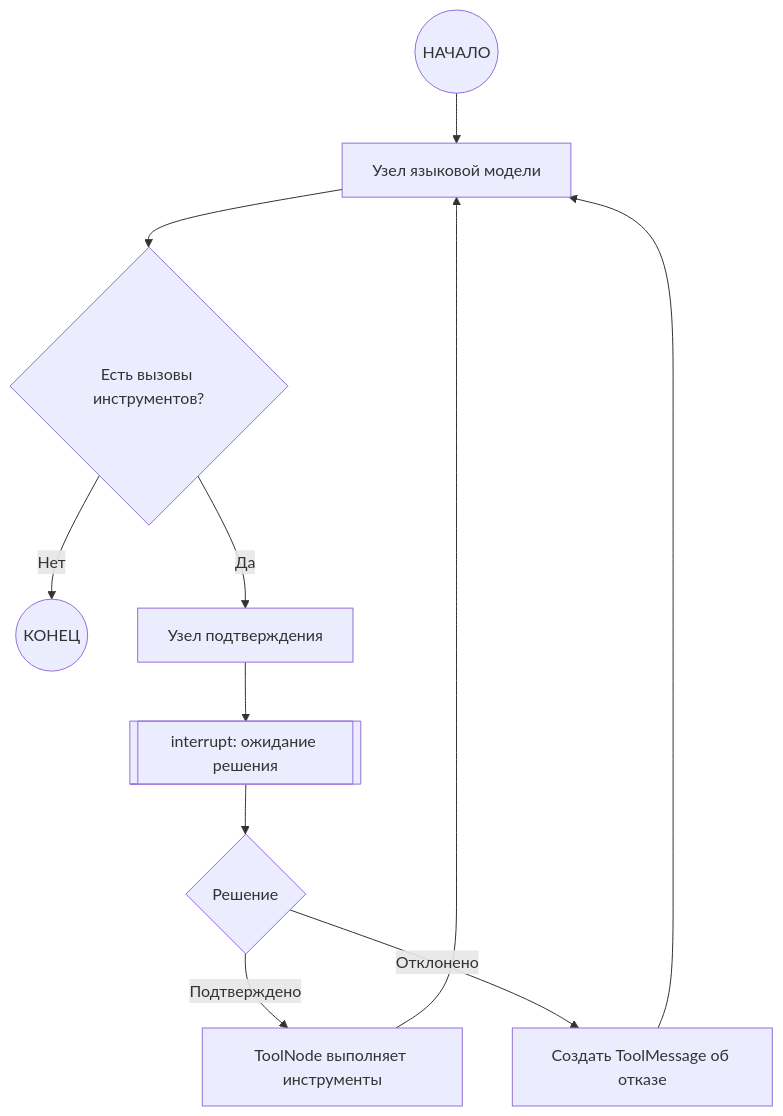
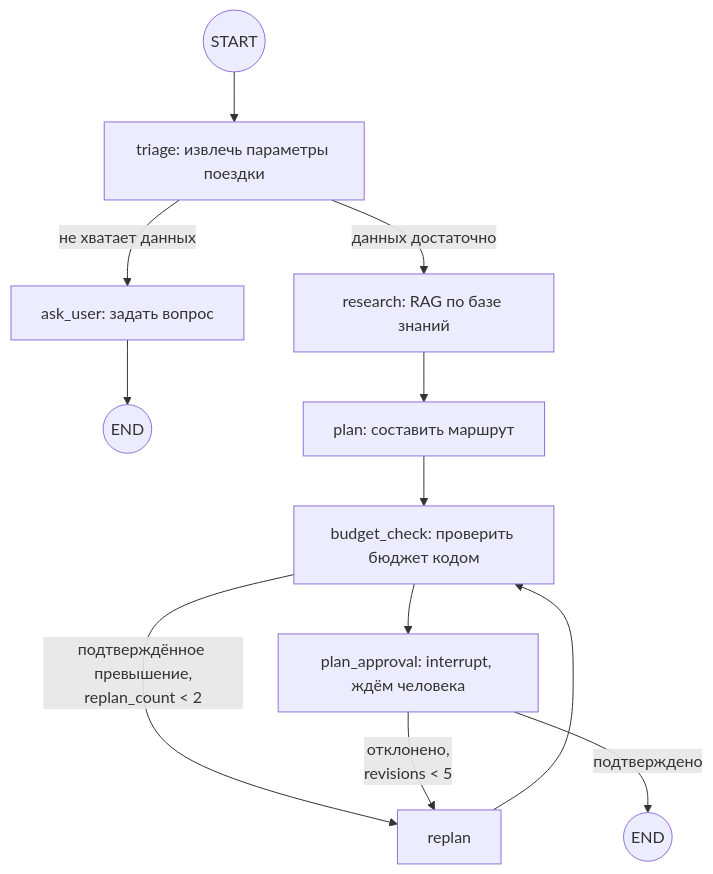
The second of 3 diagrams in README.md (AlekseyFedorov27/agent), drawn with Mermaid before and after one commit. The commit also changed other lines of this file and 5 other files, not shown here.

````diff
--- a/README.md
+++ b/README.md
@@ -100,13 +78,14 @@
-``` mermaid
+```mermaid
 flowchart TD
-    START((НАЧАЛО)) --> LLM[Узел языковой модели]
-    LLM --> DECISION{Есть вызовы инструментов?}
-    DECISION -->|Нет| END((КОНЕЦ))
-    DECISION -->|Да| APPROVAL[Узел подтверждения]
-    APPROVAL --> INTERRUPT[[interrupt: ожидание решения]]
-    INTERRUPT --> RESULT{Решение}
-    RESULT -->|Подтверждено| TOOLS[ToolNode выполняет инструменты]
-    RESULT -->|Отклонено| REJECT[Создать ToolMessage об отказе]
-    TOOLS --> LLM
-    REJECT --> LLM
+    S((START)) --> T[triage: извлечь параметры поездки]
+    T -->|не хватает данных| Q[ask_user: задать вопрос]
+    Q --> E1((END))
+    T -->|данных достаточно| R[research: RAG по базе знаний]
+    R --> P[plan: составить маршрут]
+    P --> B[budget_check: проверить бюджет кодом]
+    B -->|подтверждённое превышение,<br/>replan_count < 2| RP[replan]
+    RP --> B
+    B --> A[plan_approval: interrupt, ждём человека]
+    A -->|подтверждено| E2((END))
+    A -->|отклонено,<br/>revisions < 5| RP
 ```
````
